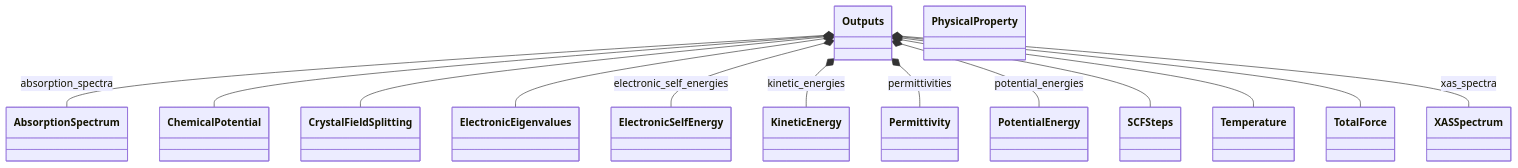
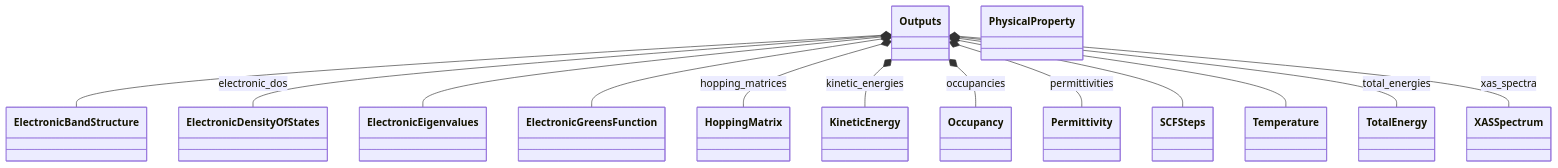
The first of 2 diagrams in docs/schema/outputs.diagram.md (FAIRmat-NFDI/nomad-simulations), drawn with Mermaid before and after one commit. The commit also changed 21 other files, not shown here.

````diff
--- a/docs/schema/outputs.diagram.md
+++ b/docs/schema/outputs.diagram.md
@@ -14,43 +14,43 @@
 ```mermaid
 classDiagram
-    class AbsorptionSpectrum {
+    class ElectronicBandStructure {
     }
-    class ChemicalPotential {
-    }
-    class CrystalFieldSplitting {
+    class ElectronicDensityOfStates {
     }
     class ElectronicEigenvalues {
     }
-    class ElectronicSelfEnergy {
+    class ElectronicGreensFunction {
+    }
+    class HoppingMatrix {
     }
     class KineticEnergy {
+    }
+    class Occupancy {
     }
     class Outputs {
     }
     class Permittivity {
     }
     class PhysicalProperty {
     }
-    class PotentialEnergy {
-    }
     class SCFSteps {
     }
     class Temperature {
     }
-    class TotalForce {
+    class TotalEnergy {
     }
     class XASSpectrum {
     }
-    Outputs *-- AbsorptionSpectrum : absorption_spectra
-    Outputs *-- ChemicalPotential
-    Outputs *-- CrystalFieldSplitting
+    Outputs *-- ElectronicBandStructure
+    Outputs *-- ElectronicDensityOfStates : electronic_dos
     Outputs *-- ElectronicEigenvalues
-    Outputs *-- ElectronicSelfEnergy : electronic_self_energies
+    Outputs *-- ElectronicGreensFunction
+    Outputs *-- HoppingMatrix : hopping_matrices
     Outputs *-- KineticEnergy : kinetic_energies
+    Outputs *-- Occupancy : occupancies
     Outputs *-- Permittivity : permittivities
-    Outputs *-- PotentialEnergy : potential_energies
     Outputs *-- SCFSteps
     Outputs *-- Temperature
-    Outputs *-- TotalForce
+    Outputs *-- TotalEnergy : total_energies
     Outputs *-- XASSpectrum : xas_spectra
 ```
````
